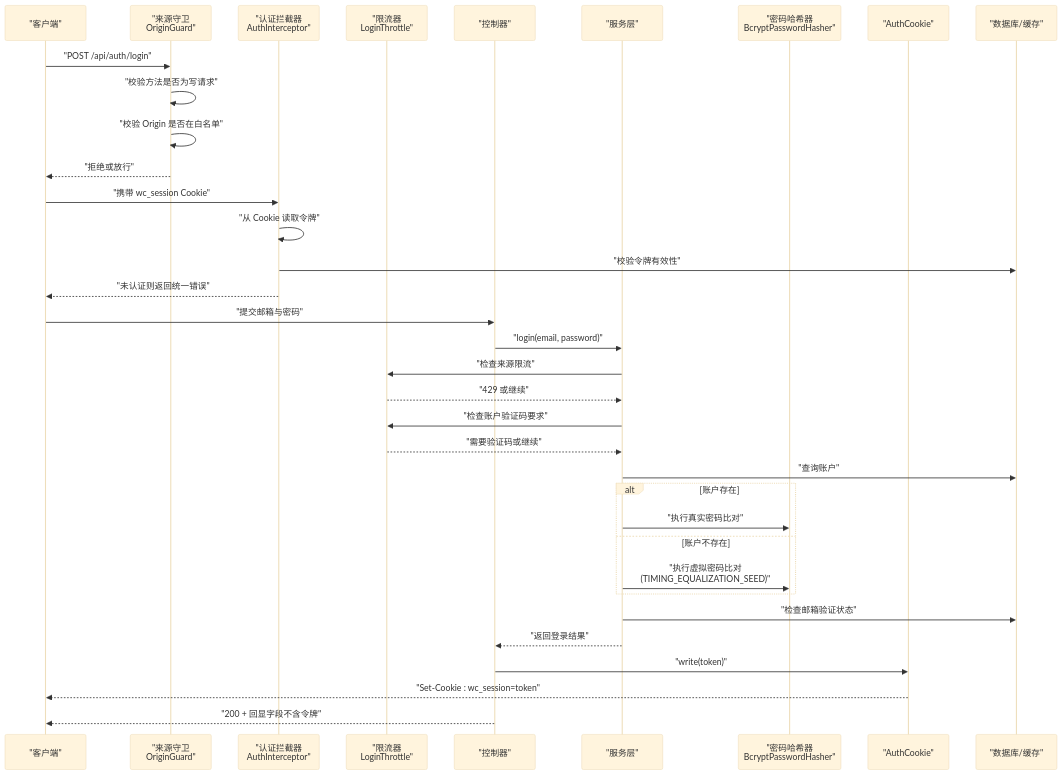
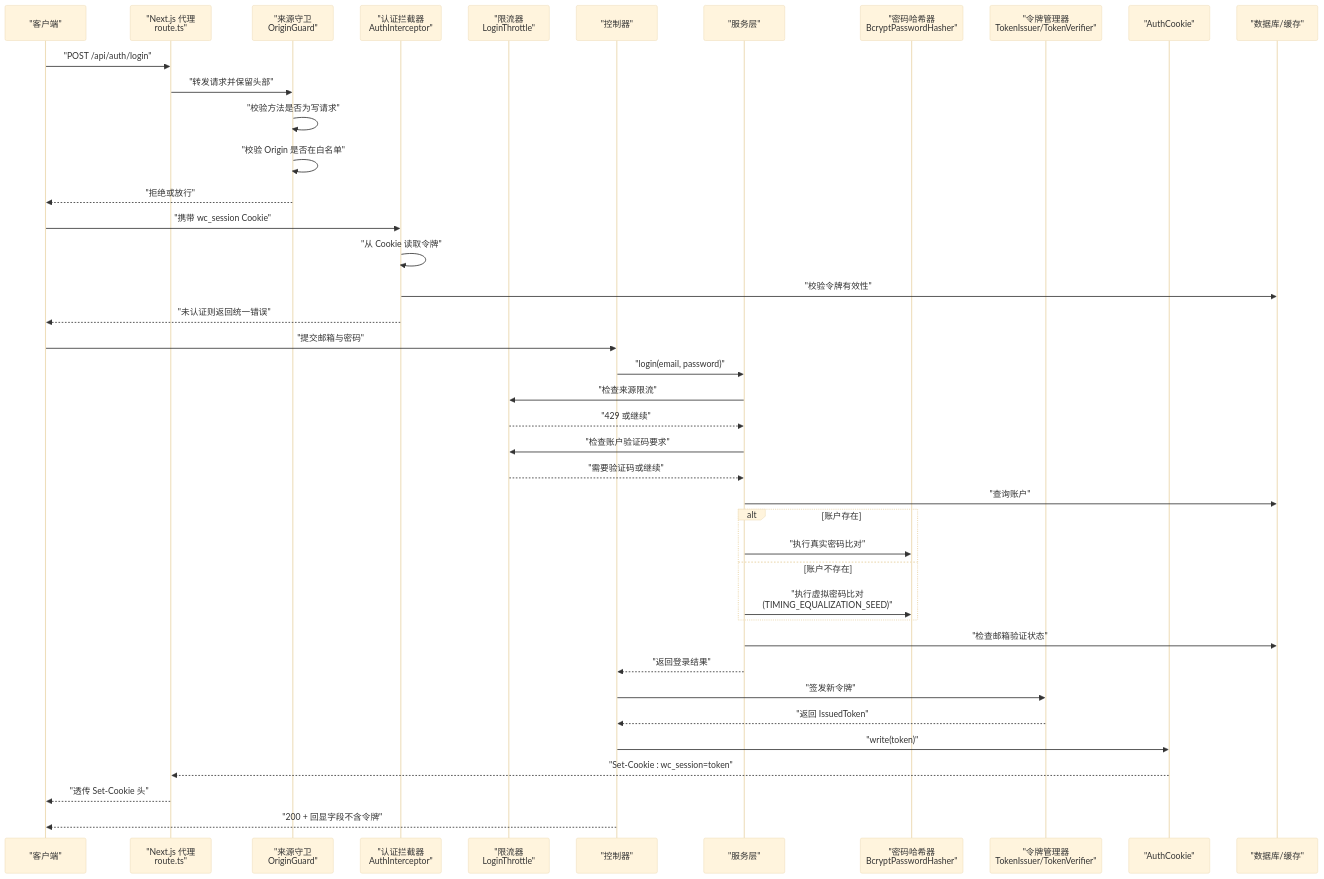
Before and after one commit to luyitiger6/my-first-project: the second of 11 diagrams in .qoder/repowiki/zh/content/后端开发/WanderChain 认证系统.md, drawn with Mermaid (base theme). The commit also changed other lines of this file and 54 other files, not shown here.

````diff
--- a/.qoder/repowiki/zh/content/后端开发/WanderChain 认证系统.md
+++ b/.qoder/repowiki/zh/content/后端开发/WanderChain 认证系统.md
@@ -168,37 +158,43 @@
 ```mermaid
 sequenceDiagram
 participant Client as "客户端"
+participant NextProxy as "Next.js 代理<br/>route.ts"
 participant Origin as "来源守卫<br/>OriginGuard"
 participant AuthInt as "认证拦截器<br/>AuthInterceptor"
 participant Throttle as "限流器<br/>LoginThrottle"
 participant Controller as "控制器"
 participant Service as "服务层"
 participant Hasher as "密码哈希器<br/>BcryptPasswordHasher"
+participant TokenMgr as "令牌管理器<br/>TokenIssuer/TokenVerifier"
 participant Cookie as "AuthCookie"
 participant Store as "数据库/缓存"
-Client->>Origin : "POST /api/auth/login"
+Client->>NextProxy : "POST /api/auth/login"
+NextProxy->>Origin : "转发请求并保留头部"
 Origin->>Origin : "校验方法是否为写请求"
 Origin->>Origin : "校验 Origin 是否在白名单"
 Origin-->>Client : "拒绝或放行"
 Client->>AuthInt : "携带 wc_session Cookie"
 AuthInt->>AuthInt : "从 Cookie 读取令牌"
 AuthInt->>Store : "校验令牌有效性"
 AuthInt-->>Client : "未认证则返回统一错误"
 Client->>Controller : "提交邮箱与密码"
 Controller->>Service : "login(email, password)"
 Service->>Throttle : "检查来源限流"
 Throttle-->>Service : "429 或继续"
 Service->>Throttle : "检查账户验证码要求"
 Throttle-->>Service : "需要验证码或继续"
 Service->>Store : "查询账户"
 alt 账户存在
 Service->>Hasher : "执行真实密码比对"
 else 账户不存在
 Service->>Hasher : "执行虚拟密码比对<br/>(TIMING_EQUALIZATION_SEED)"
 end
 Service->>Store : "检查邮箱验证状态"
 Service-->>Controller : "返回登录结果"
+Controller->>TokenMgr : "签发新令牌"
+TokenMgr-->>Controller : "返回 IssuedToken"
 Controller->>Cookie : "write(token)"
-Cookie-->>Client : "Set-Cookie : wc_session=token"
+Cookie-->>NextProxy : "Set-Cookie : wc_session=token"
+NextProxy-->>Client : "透传 Set-Cookie 头"
 Controller-->>Client : "200 + 回显字段不含令牌"
 ```
````
